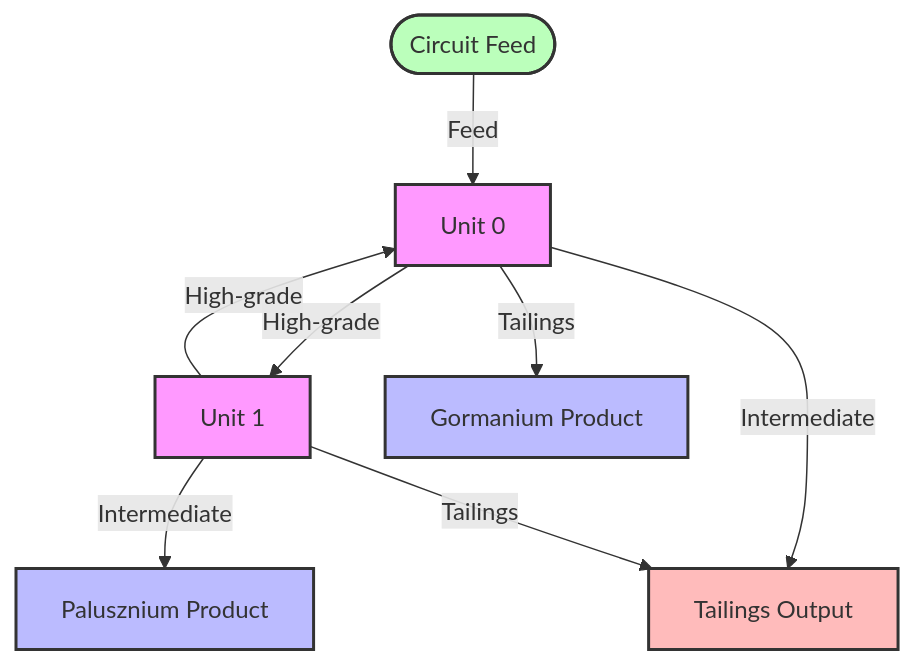
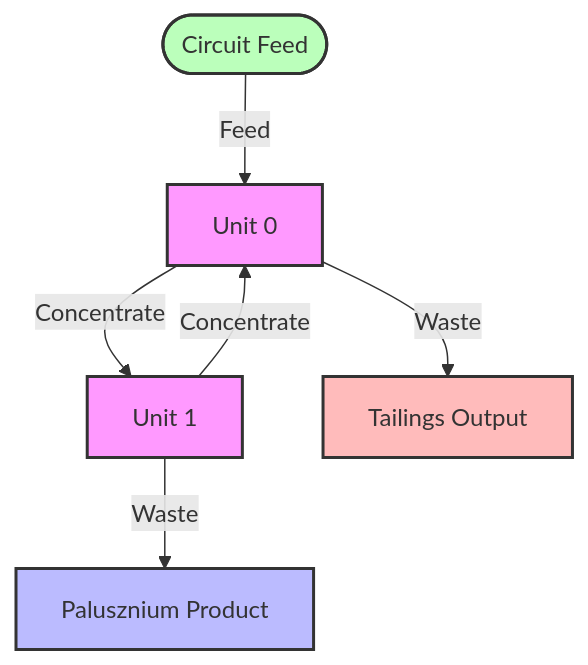
Before and after one commit to benedikt-samwer/imperial_genetic_algorithm_group_project: the third of 4 diagrams in docs/data_structures.md, drawn with Mermaid. The commit also changed other lines of this file and 1 other file, not shown here.

````diff
--- a/docs/data_structures.md
+++ b/docs/data_structures.md
@@ -232,29 +221,26 @@
 ```mermaid
 graph TD;
     Feed([Circuit Feed])
     Unit0[Unit 0]
     Unit1[Unit 1]
     Palusznium[Palusznium Product]
-    Gormanium[Gormanium Product]
     Tailings[Tailings Output]
     
     Feed -->|Feed| Unit0
     
-    Unit0 -->|High-grade| Unit1
-    Unit0 -->|Intermediate| Tailings
-    Unit0 -->|Tailings| Gormanium
+    Unit0 -->|Concentrate| Unit1
+    Unit0 -->|Waste| Tailings
     
-    Unit1 -->|High-grade| Unit0
-    Unit1 -->|Intermediate| Palusznium
-    Unit1 -->|Tailings| Tailings
+    Unit1 -->|Concentrate| Unit0
+    Unit1 -->|Waste| Palusznium
     
     classDef unit fill:#f9f,stroke:#333,stroke-width:2px;
     classDef product fill:#bbf,stroke:#333,stroke-width:2px;
     classDef feed fill:#bfb,stroke:#333,stroke-width:2px;
     classDef tailings fill:#fbb,stroke:#333,stroke-width:2px;
     
     class Unit0,Unit1 unit;
-    class Palusznium,Gormanium product;
+    class Palusznium product;
     class Feed feed;
     class Tailings tailings;
 ```
````
